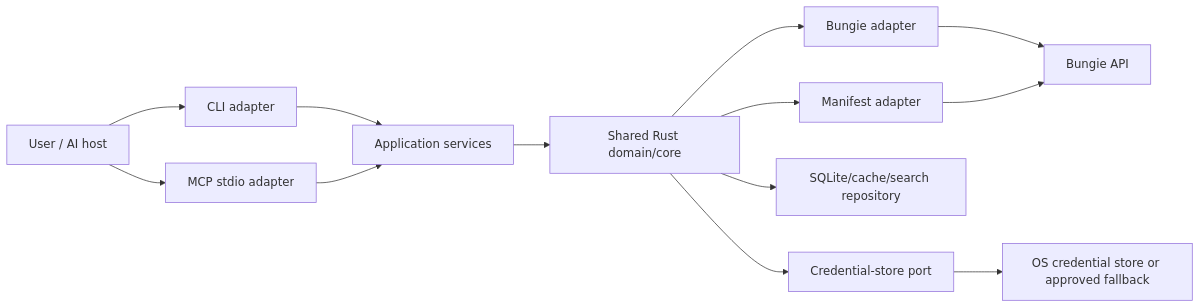
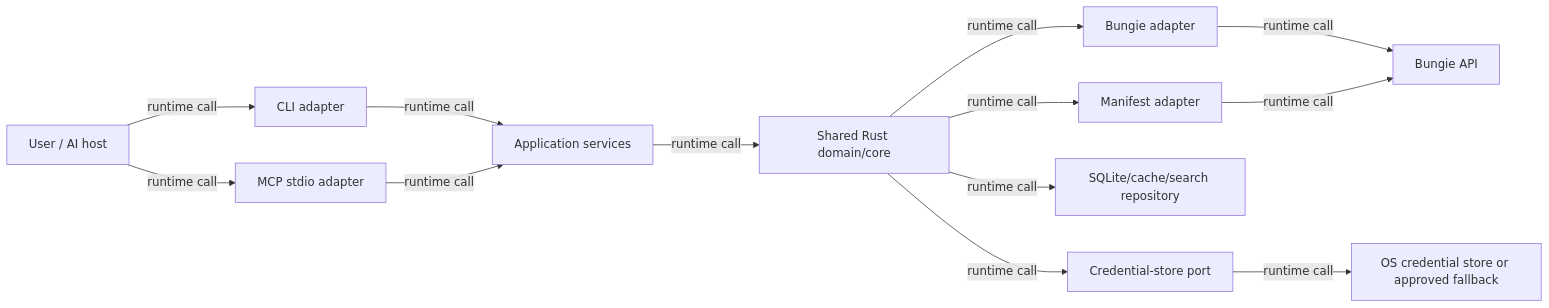
Before and after one commit to Yoryoboy/ghostlink: the diagram in docs/mvp-architecture.md, drawn with Mermaid. The commit also changed other lines of this file and 1 other file, not shown here.

Commit message:
docs: reconcile MCP mutation architecture

````diff
--- a/docs/mvp-architecture.md
+++ b/docs/mvp-architecture.md
@@ -31,15 +31,15 @@
 ```mermaid
 flowchart LR
-  U[User / AI host] --> CLI[CLI adapter]
-  U --> MCP[MCP stdio adapter]
-  CLI --> APP[Application services]
-  MCP --> APP
-  APP --> CORE[Shared Rust domain/core]
-  CORE --> BA[Bungie adapter]
-  CORE --> MA[Manifest adapter]
-  CORE --> REPO[SQLite/cache/search repository]
-  CORE --> CS[Credential-store port]
-  BA --> B[Bungie API]
-  MA --> B
-  CS --> OS[OS credential store or approved fallback]
+  U[User / AI host] -->|runtime call| CLI[CLI adapter]
+  U -->|runtime call| MCP[MCP stdio adapter]
+  CLI -->|runtime call| APP[Application services]
+  MCP -->|runtime call| APP
+  APP -->|runtime call| CORE[Shared Rust domain/core]
+  CORE -->|runtime call| BA[Bungie adapter]
+  CORE -->|runtime call| MA[Manifest adapter]
+  CORE -->|runtime call| REPO[SQLite/cache/search repository]
+  CORE -->|runtime call| CS[Credential-store port]
+  BA -->|runtime call| B[Bungie API]
+  MA -->|runtime call| B
+  CS -->|runtime call| OS[OS credential store or approved fallback]
 ```
````
